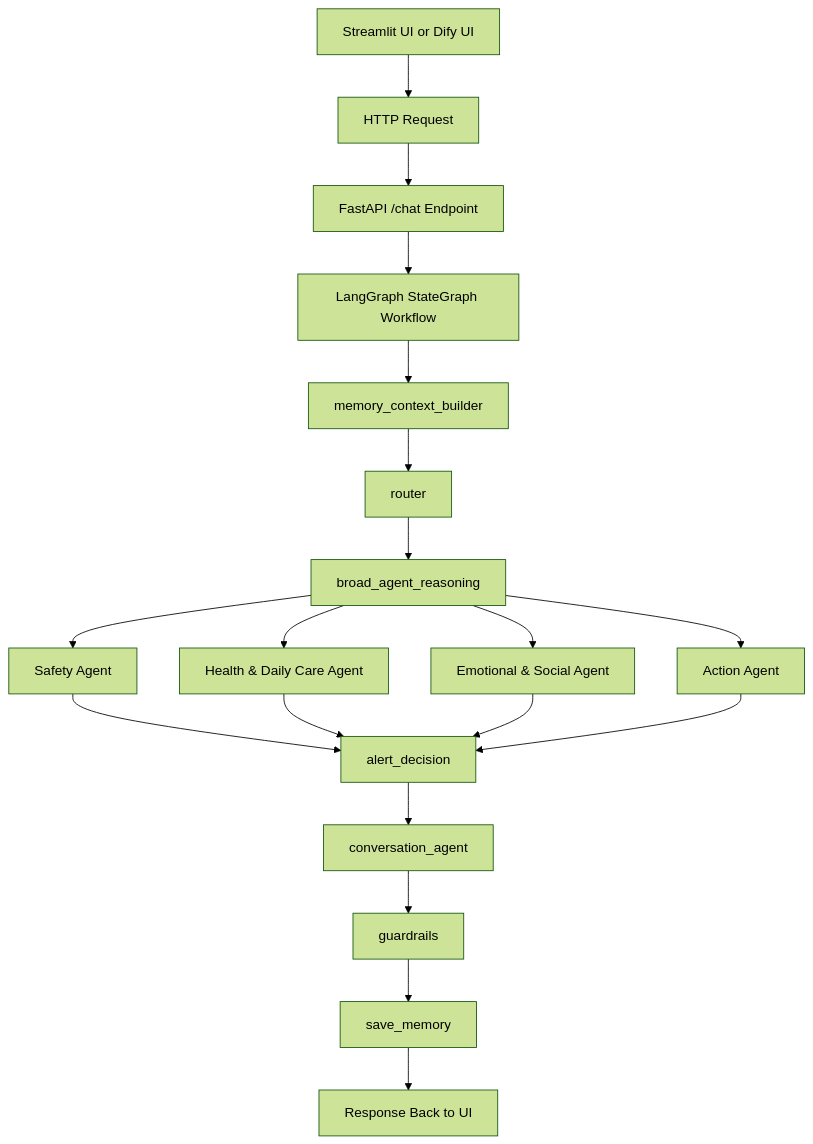
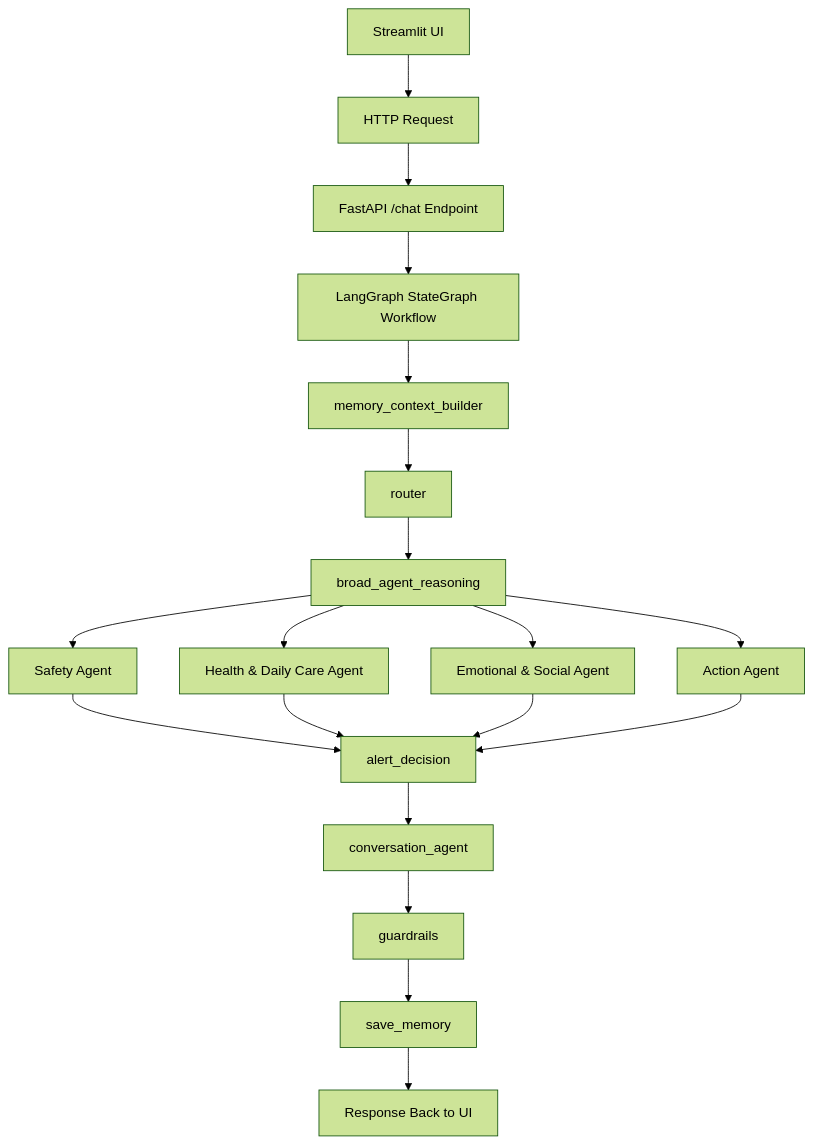
One commit to Ami14123/Explanable-Eldercare-Agent changed the first of 6 diagrams in README.md. Above: the diagram before and after it, drawn with Mermaid (forest theme).

Commit message:
Update architecture diagram to remove Dify UI

````diff
--- a/README.md
+++ b/README.md
@@ -23,24 +23,24 @@
 ```mermaid
 flowchart TD
-    A[Streamlit UI or Dify UI] --> B[HTTP Request]
+    A[Streamlit UI] --> B[HTTP Request]
     B --> C[FastAPI /chat Endpoint]
     C --> D[LangGraph StateGraph Workflow]
     D --> E[memory_context_builder]
     E --> F[router]
     F --> G[broad_agent_reasoning]
 
     G --> S[Safety Agent]
     G --> H[Health & Daily Care Agent]
     G --> M[Emotional & Social Agent]
     G --> X[Action Agent]
 
     S --> I[alert_decision]
     H --> I
     M --> I
     X --> I
 
     I --> J[conversation_agent]
     J --> K[guardrails]
     K --> L[save_memory]
     L --> N[Response Back to UI]
 ```
````
